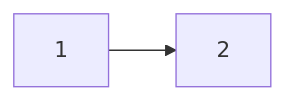
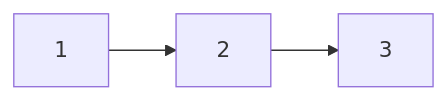
Before and after one commit to tkjaer/gallery: the diagram in README.md, drawn with Mermaid.

````diff
--- a/README.md
+++ b/README.md
@@ -27,4 +27,5 @@
 ```mermaid
 flowchart LR
 1 --> 2
+2 --> 3
 ```
````
